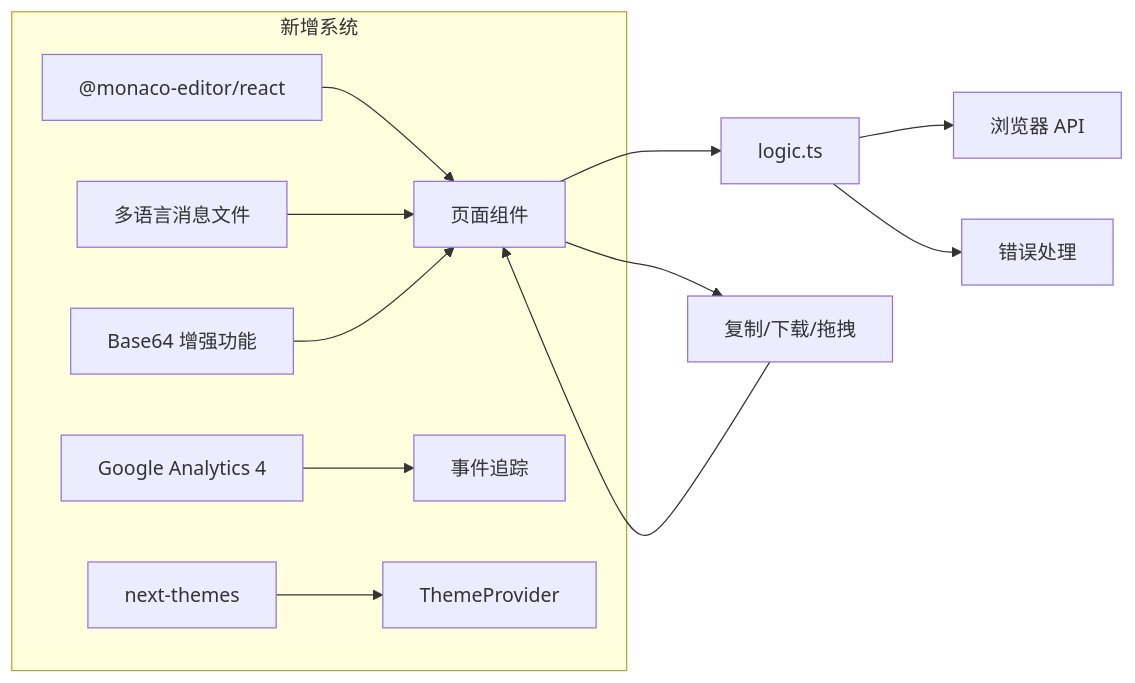
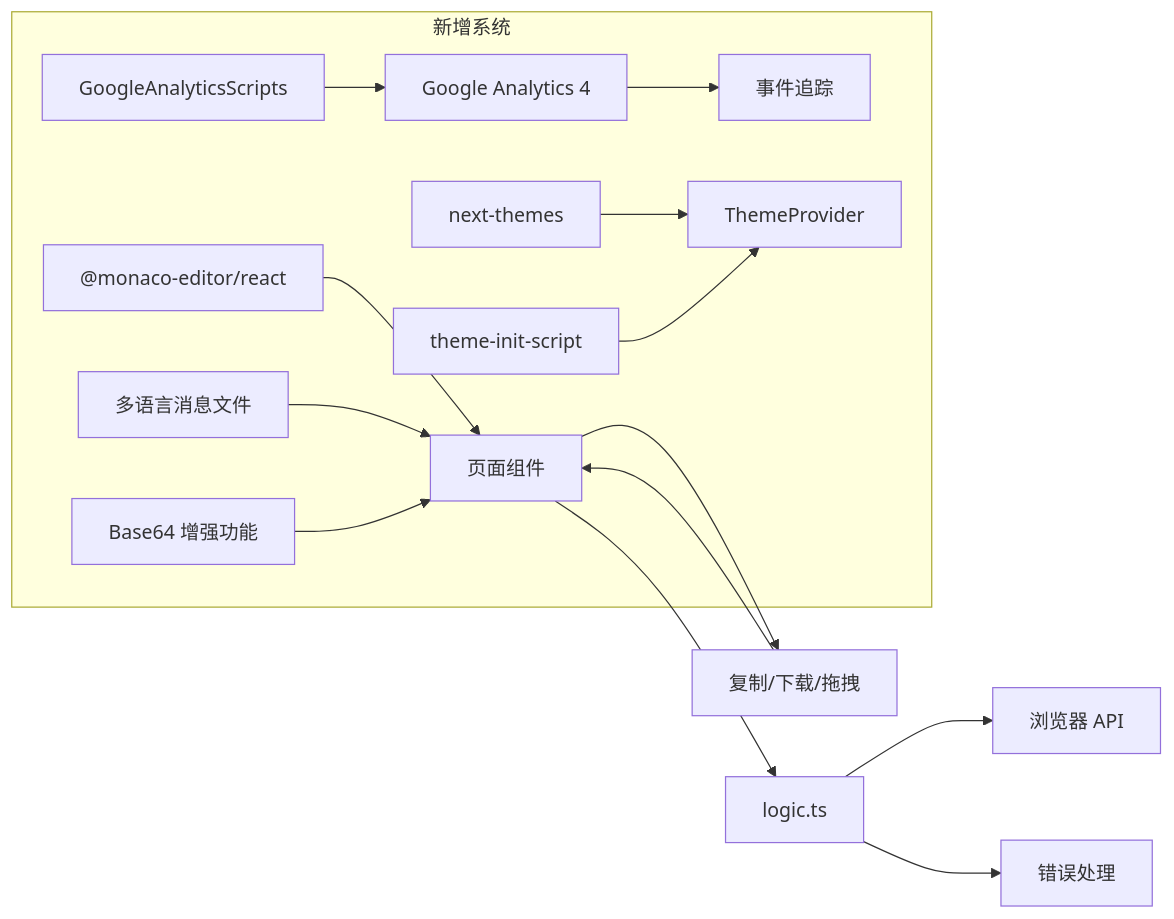
One commit to sgyy/privadeck changed the third of 3 diagrams in .qoder/repowiki/zh/content/开发者工具/开发者工具.md. Above: the diagram before and after it, drawn with Mermaid. The commit also changed other lines of this file and 4 other files, not shown here.

````diff
--- a/.qoder/repowiki/zh/content/开发者工具/开发者工具.md
+++ b/.qoder/repowiki/zh/content/开发者工具/开发者工具.md
@@ -611,15 +623,17 @@
 ```mermaid
 graph LR
 UI["页面组件"] --> LOGIC["logic.ts"]
 LOGIC --> API["浏览器 API"]
 LOGIC --> ERR["错误处理"]
 UI --> FEAT["复制/下载/拖拽"]
 subgraph "新增系统"
 MONACO["@monaco-editor/react"] --> UI
 ANALYTICS["Google Analytics 4"] --> TRACK["事件追踪"]
 THEME["next-themes"] --> THEMEPROVIDER["ThemeProvider"]
 LOCALIZATION["多语言消息文件"] --> UI
 BASE64_ENHANCE["Base64 增强功能"] --> UI
+THEME_INIT["theme-init-script"] --> THEMEPROVIDER
+ANALYTICS_SCRIPT["GoogleAnalyticsScripts"] --> ANALYTICS
 end
 FEAT --> UI
 ```
````
